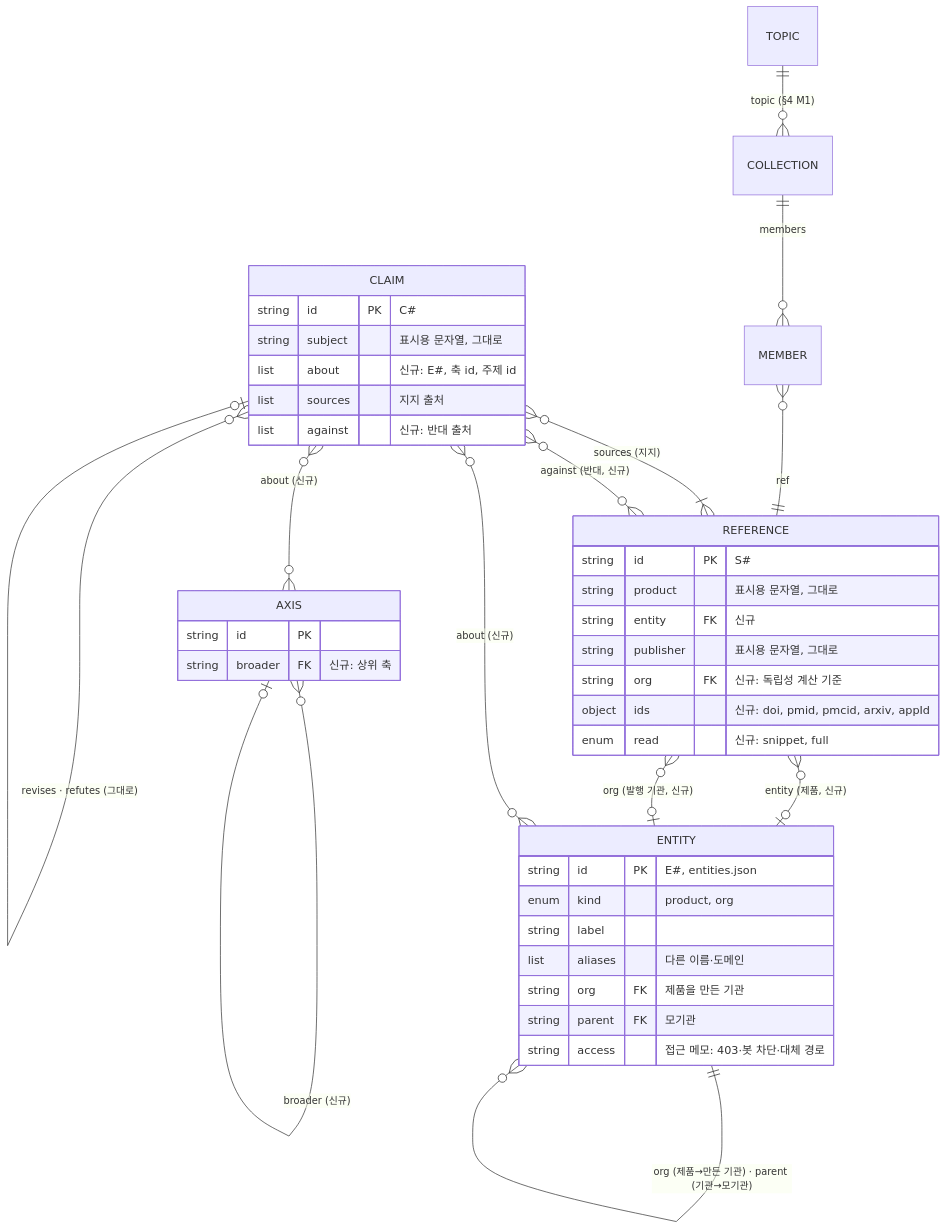
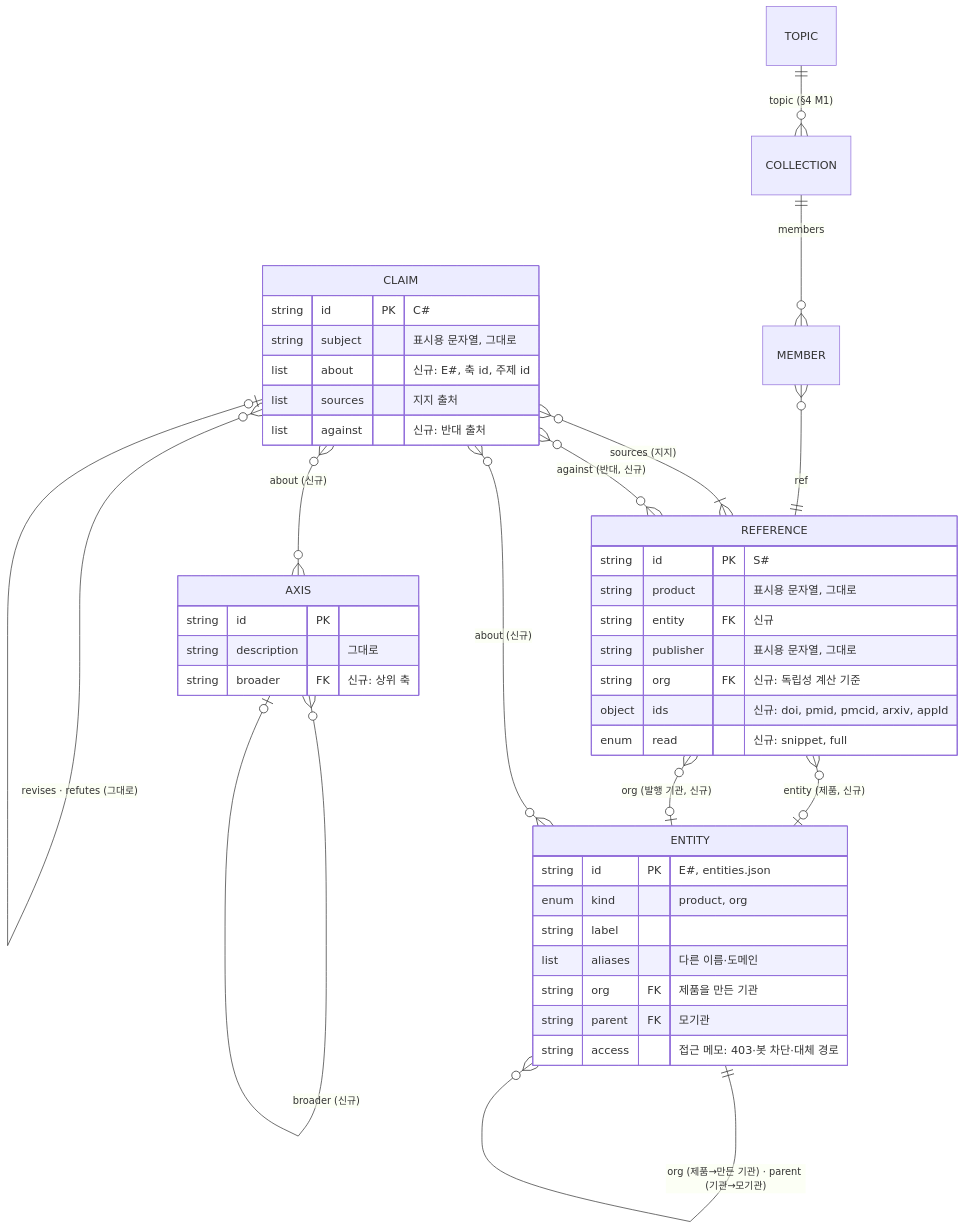
One commit to Fox-Yeom/reference-research changed the fifth of 7 diagrams in docs/DATA-MODEL.md. Above: the diagram before and after it, drawn with Mermaid. The commit also changed other lines of this file and 1 other file, not shown here.

````diff
--- a/docs/DATA-MODEL.md
+++ b/docs/DATA-MODEL.md
@@ -369,45 +371,46 @@
 ```mermaid
 erDiagram
   ENTITY ||--o{ ENTITY : "org (제품→만든 기관) · parent (기관→모기관)"
   REFERENCE }o--o| ENTITY : "entity (제품, 신규)"
   REFERENCE }o--o| ENTITY : "org (발행 기관, 신규)"
   AXIS }o--o| AXIS : "broader (신규)"
   CLAIM }o--|{ REFERENCE : "sources (지지)"
   CLAIM }o--o{ REFERENCE : "against (반대, 신규)"
   CLAIM }o--o{ ENTITY : "about (신규)"
   CLAIM }o--o{ AXIS : "about (신규)"
   CLAIM }o--o| CLAIM : "revises · refutes (그대로)"
   TOPIC ||--o{ COLLECTION : "topic (§4 M1)"
   COLLECTION ||--o{ MEMBER : "members"
   MEMBER }o--|| REFERENCE : "ref"
 
   ENTITY {
     string id PK "E#, entities.json"
     enum kind "product, org"
     string label
     list aliases "다른 이름·도메인"
     string org FK "제품을 만든 기관"
     string parent FK "모기관"
     string access "접근 메모: 403·봇 차단·대체 경로"
   }
   REFERENCE {
     string id PK "S#"
     string product "표시용 문자열, 그대로"
     string entity FK "신규"
     string publisher "표시용 문자열, 그대로"
     string org FK "신규: 독립성 계산 기준"
     object ids "신규: doi, pmid, pmcid, arxiv, appId"
     enum read "신규: snippet, full"
   }
   CLAIM {
     string id PK "C#"
     string subject "표시용 문자열, 그대로"
     list about "신규: E#, 축 id, 주제 id"
     list sources "지지 출처"
     list against "신규: 반대 출처"
   }
   AXIS {
     string id PK
+    string description "그대로"
     string broader FK "신규: 상위 축"
   }
 ```
````
